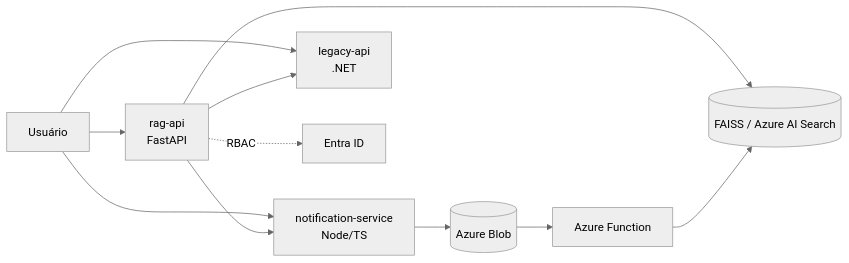
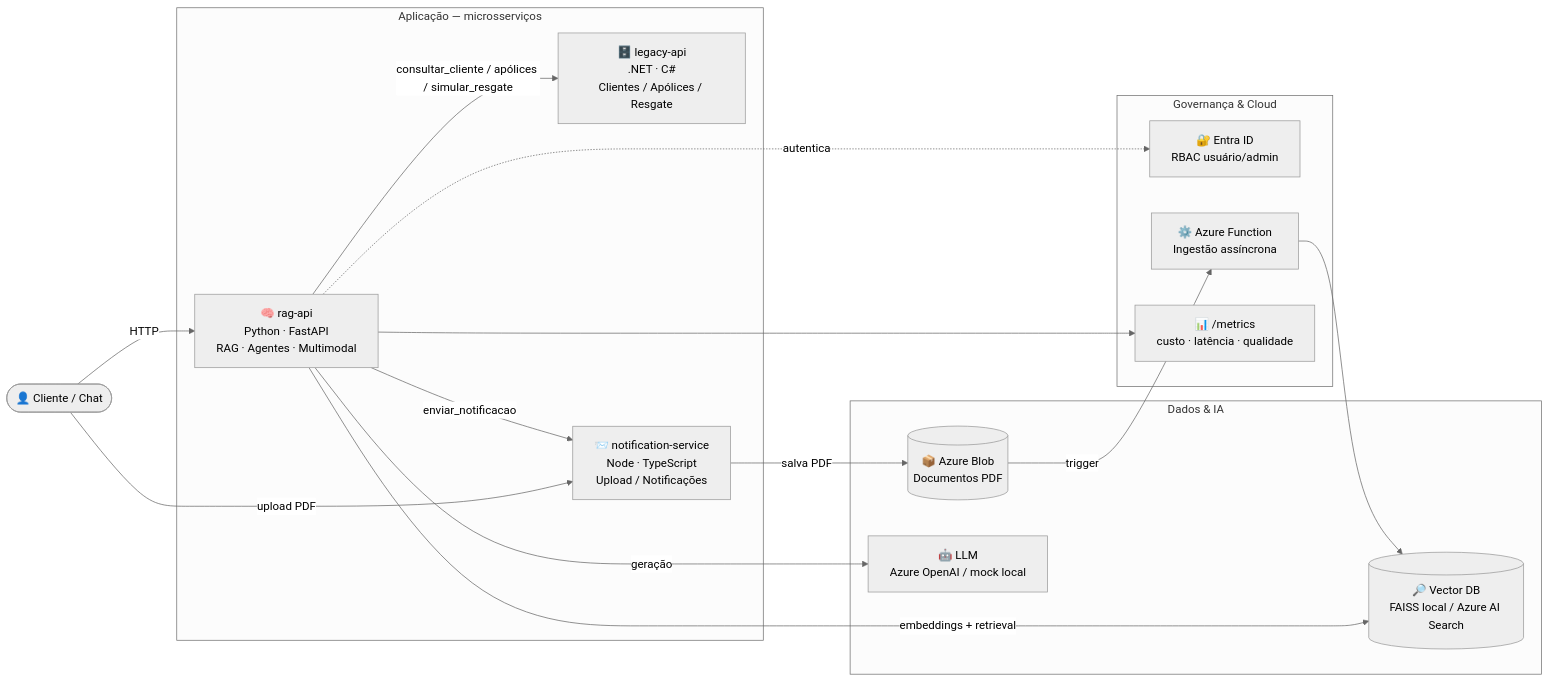
One commit to matheusmendesd2/agente-previdencia-ia changed the first of 4 diagrams in README.md. Above: the diagram before and after it, drawn with Mermaid (neutral theme). The commit also changed other lines of this file, not shown here.

````diff
--- a/README.md
+++ b/README.md
@@ -25,13 +100,33 @@
 ```mermaid
 flowchart LR
-    U[Usuário] --> RAG[rag-api\nFastAPI]
-    U --> NOT[notification-service\nNode/TS]
-    U --> LEG[legacy-api\n.NET]
-    RAG --> LEG
-    RAG --> NOT
-    RAG --> EMB[(FAISS / Azure AI Search)]
-    NOT --> BLOB[(Azure Blob)]
-    BLOB --> FN[Azure Function]
-    FN --> EMB
-    RAG -. RBAC .-> ENT[Entra ID]
+    U([👤 Cliente / Chat])
+
+    subgraph APP[Aplicação — microsserviços]
+        RAG["🧠 rag-api<br/>Python · FastAPI<br/>RAG · Agentes · Multimodal"]
+        LEG["🗄️ legacy-api<br/>.NET · C#<br/>Clientes / Apólices / Resgate"]
+        NOT["📨 notification-service<br/>Node · TypeScript<br/>Upload / Notificações"]
+    end
+
+    subgraph DATA[Dados & IA]
+        EMB[("🔎 Vector DB<br/>FAISS local / Azure AI Search")]
+        BLOB[("📦 Azure Blob<br/>Documentos PDF")]
+        LLM["🤖 LLM<br/>Azure OpenAI / mock local"]
+    end
+
+    subgraph GOV[Governança & Cloud]
+        ENT["🔐 Entra ID<br/>RBAC usuário/admin"]
+        FN["⚙️ Azure Function<br/>Ingestão assíncrona"]
+        DASH["📊 /metrics<br/>custo · latência · qualidade"]
+    end
+
+    U -->|HTTP| RAG
+    U -->|upload PDF| NOT
+    RAG -->|consultar_cliente / apólices / simular_resgate| LEG
+    RAG -->|enviar_notificacao| NOT
+    RAG -->|embeddings + retrieval| EMB
+    RAG -->|geração| LLM
+    NOT -->|salva PDF| BLOB
+    BLOB -->|trigger| FN --> EMB
+    RAG -. autentica .-> ENT
+    RAG --> DASH
 ```
````
